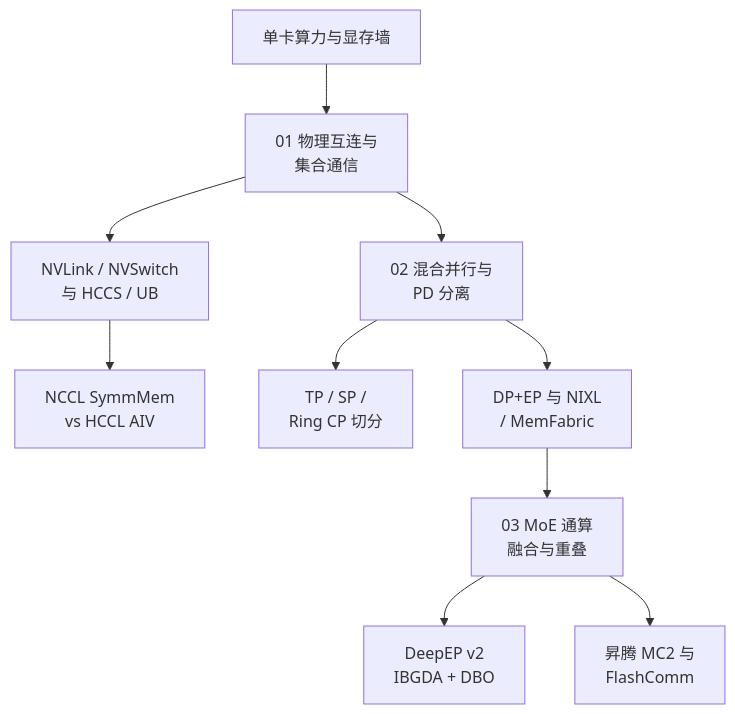
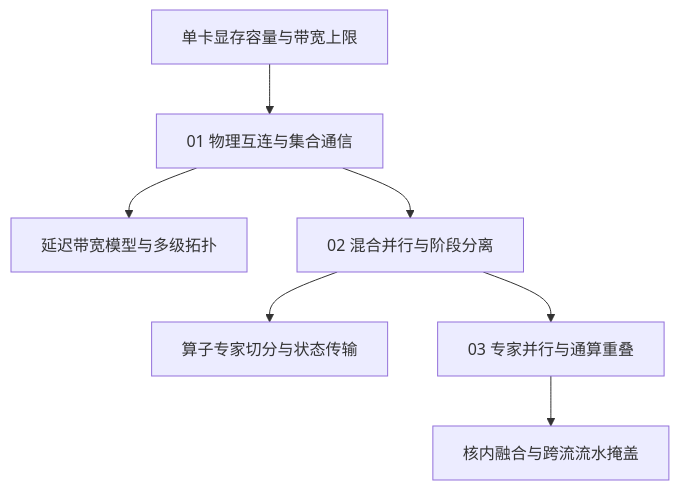
The diagram in src/content/posts/distributed/index.mdx (xingcanlee/infra-note), drawn with Mermaid before and after one commit. The commit also changed other lines of this file and 100 other files, not shown here.

Commit message:
docs: refine prose style, industry terminology, explainers, and diagrams across all series

````diff
--- a/src/content/posts/distributed/index.mdx
+++ b/src/content/posts/distributed/index.mdx
@@ -16,12 +16,9 @@
-```mermaid caption="图 1：分布式并行与跨卡通信演进路线"
+```mermaid caption="图 1：分布式并行与跨卡通信的三层问题域"
 flowchart TD
-    S0["单卡算力与显存墙"] --> C1["01 物理互连与<br/>集合通信"]
-    C1 --> N1["NVLink / NVSwitch<br/>与 HCCS / UB"]
-    C1 --> C2["02 混合并行与<br/>PD 分离"]
-    N1 --> R1["NCCL SymmMem<br/>vs HCCL AIV"]
-    C2 --> P1["TP / SP /<br/>Ring CP 切分"]
-    C2 --> P2["DP+EP 与 NIXL<br/>/ MemFabric"]
-    P2 --> C3["03 MoE 通算<br/>融合与重叠"]
-    C3 --> M1["DeepEP v2<br/>IBGDA + DBO"]
-    C3 --> M2["昇腾 MC2 与<br/>FlashComm"]
+    S0["单卡显存容量与带宽上限"] --> C1["01 物理互连与集合通信"]
+    C1 --> D1["延迟带宽模型与多级拓扑"]
+    C1 --> C2["02 混合并行与阶段分离"]
+    C2 --> D2["算子专家切分与状态传输"]
+    C2 --> C3["03 专家并行与通算重叠"]
+    C3 --> D3["核内融合与跨流流水掩盖"]
 ```
````
